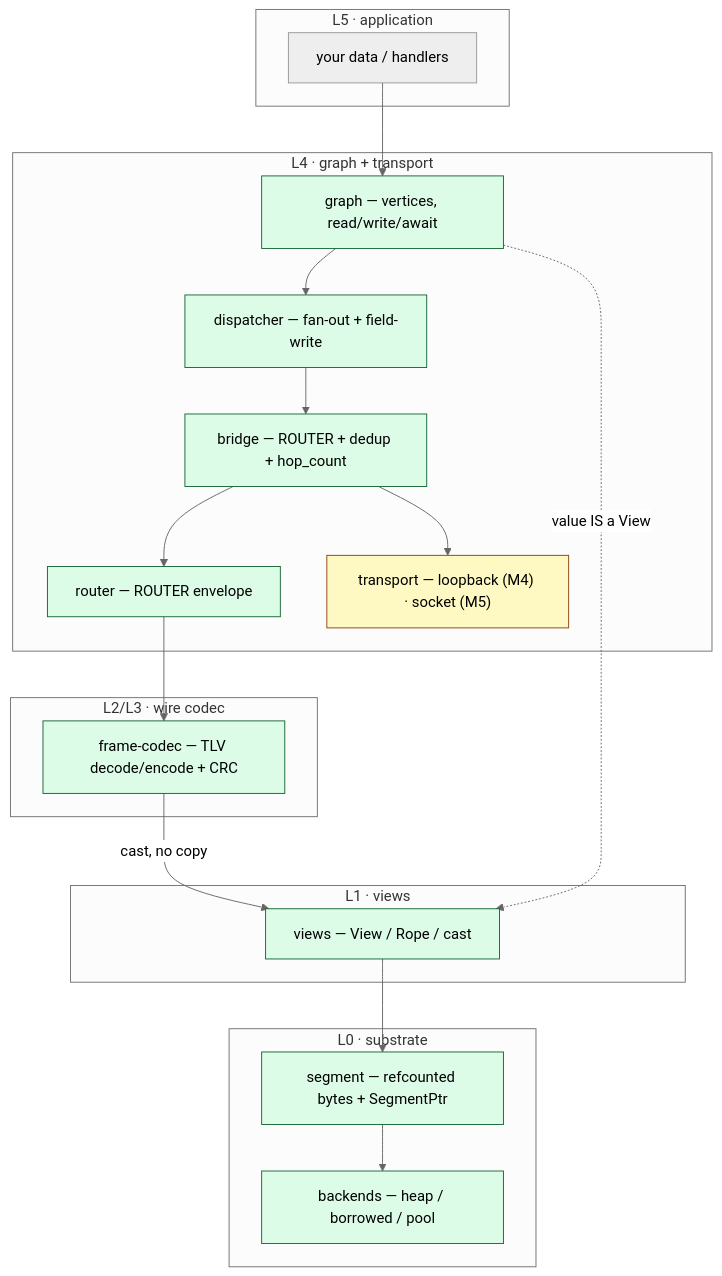
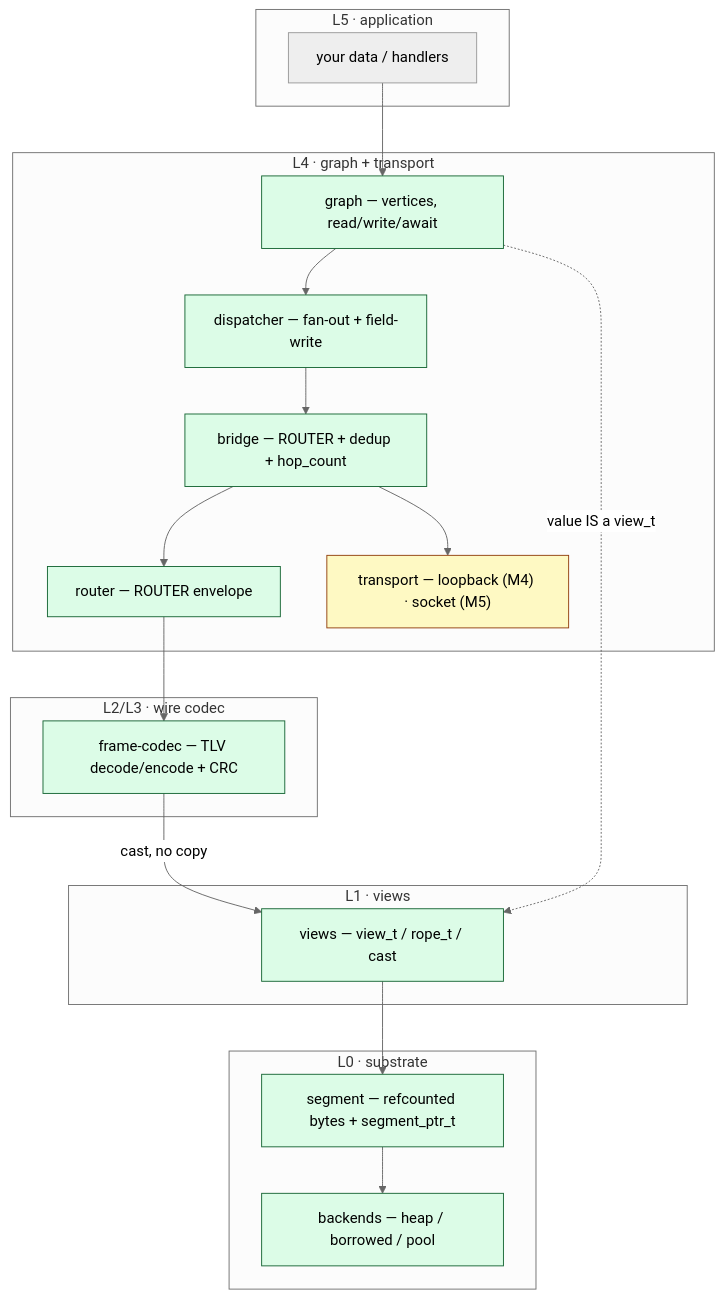
The diagram in docs/modules/index.md (avatarsd-llc/libtracer), drawn with Mermaid (neutral theme) before and after one commit. The commit also changed other lines of this file and 64 other files, not shown here.

````diff
--- a/docs/modules/index.md
+++ b/docs/modules/index.md
@@ -12,35 +12,35 @@
 ```{mermaid}
 flowchart TB
     subgraph L5["L5 · application"]
         APP[your data / handlers]
     end
     subgraph L4["L4 · graph + transport"]
         GRAPH["graph — vertices, read/write/await"]
         DISP["dispatcher — fan-out + field-write"]
         BRIDGE["bridge — ROUTER + dedup + hop_count"]
         TRANSPORT["transport — loopback (M4) · socket (M5)"]
         ROUTER["router — ROUTER envelope"]
     end
     subgraph L23["L2/L3 · wire codec"]
         FRAME["frame-codec — TLV decode/encode + CRC"]
     end
     subgraph L1["L1 · views"]
-        VIEWS["views — View / Rope / cast"]
+        VIEWS["views — view_t / rope_t / cast"]
     end
     subgraph L0["L0 · substrate"]
-        SEG["segment — refcounted bytes + SegmentPtr"]
+        SEG["segment — refcounted bytes + segment_ptr_t"]
         BACK["backends — heap / borrowed / pool"]
     end
 
     APP --> GRAPH
     GRAPH --> DISP --> BRIDGE
     BRIDGE --> ROUTER --> FRAME
     BRIDGE --> TRANSPORT
-    GRAPH -. "value IS a View" .-> VIEWS
+    GRAPH -. "value IS a view_t" .-> VIEWS
     FRAME -- "cast, no copy" --> VIEWS
     VIEWS --> SEG --> BACK
     classDef done fill:#dcfce7,stroke:#166534;
     classDef next fill:#fef9c3,stroke:#92400e;
     class FRAME,VIEWS,SEG,BACK,GRAPH,DISP,BRIDGE,ROUTER done;
     class TRANSPORT next;
 ```
````
